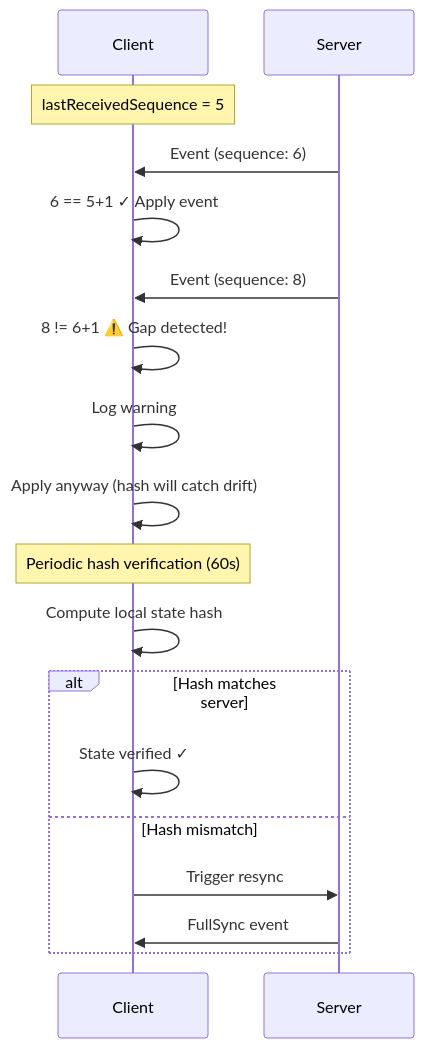
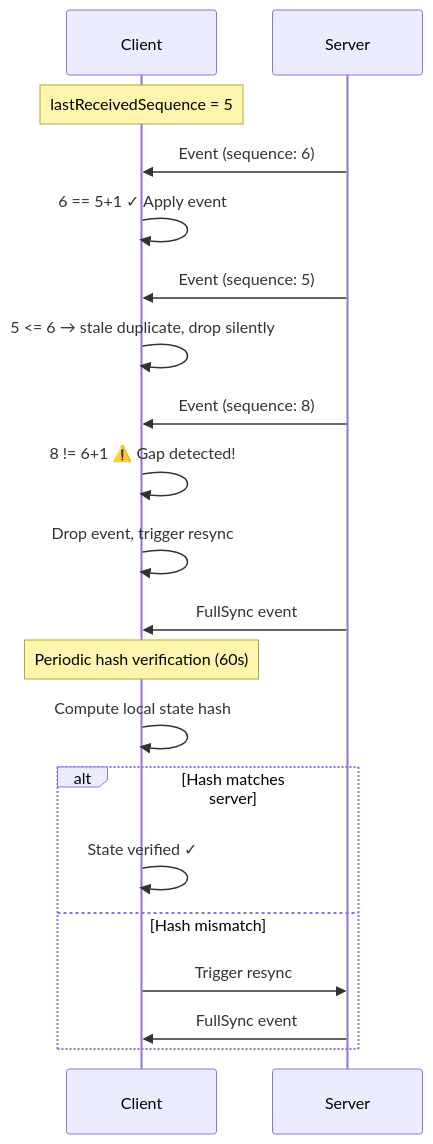
One commit to LucVermeer/board-analysis changed the fourth of 14 diagrams in docs/websocket-implementation.md. Above: the diagram before and after it, drawn with Mermaid. The commit also changed other lines of this file and 10 other files, not shown here.

````diff
--- a/docs/websocket-implementation.md
+++ b/docs/websocket-implementation.md
@@ -697,25 +697,28 @@
 ```mermaid
 sequenceDiagram
     participant C as Client
     participant S as Server
 
     Note over C: lastReceivedSequence = 5
 
     S->>C: Event (sequence: 6)
     C->>C: 6 == 5+1 ✓ Apply event
 
+    S->>C: Event (sequence: 5)
+    C->>C: 5 <= 6 → stale duplicate, drop silently
+
     S->>C: Event (sequence: 8)
     C->>C: 8 != 6+1 ⚠️ Gap detected!
-    C->>C: Log warning
-    C->>C: Apply anyway (hash will catch drift)
+    C->>C: Drop event, trigger resync
+    S->>C: FullSync event
 
     Note over C: Periodic hash verification (60s)
     C->>C: Compute local state hash
 
     alt Hash matches server
         C->>C: State verified ✓
     else Hash mismatch
         C->>S: Trigger resync
         S->>C: FullSync event
     end
 ```
````
